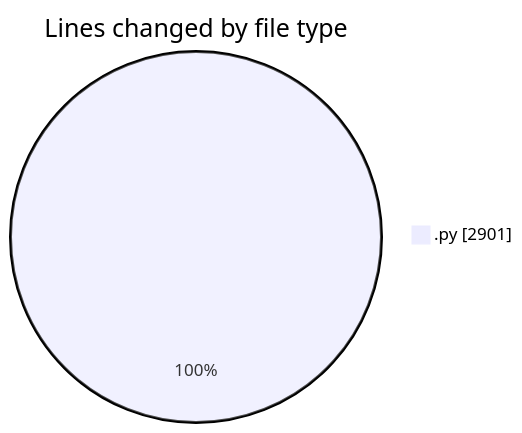
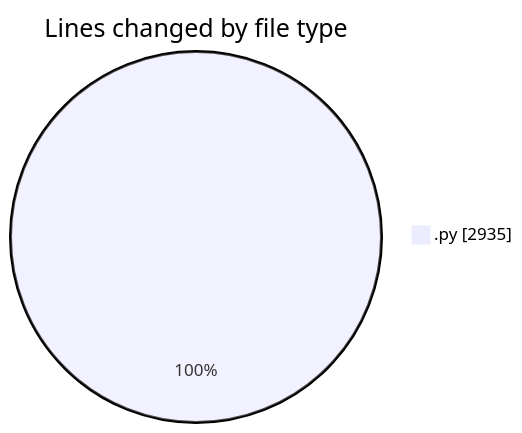
One commit to MatusMokan/code-tracking changed the first of 2 diagrams in 2025-03-08/myws__workspace_/README.md. Above: the diagram before and after it, drawn with Mermaid. The commit also changed other lines of this file and 1 other file, not shown here.

````diff
--- a/2025-03-08/myws__workspace_/README.md
+++ b/2025-03-08/myws__workspace_/README.md
@@ -23,5 +23,5 @@
 ```mermaid
 pie showData
 title Lines changed by file type
-".py" : 2901
+".py" : 2935
 ```
````
